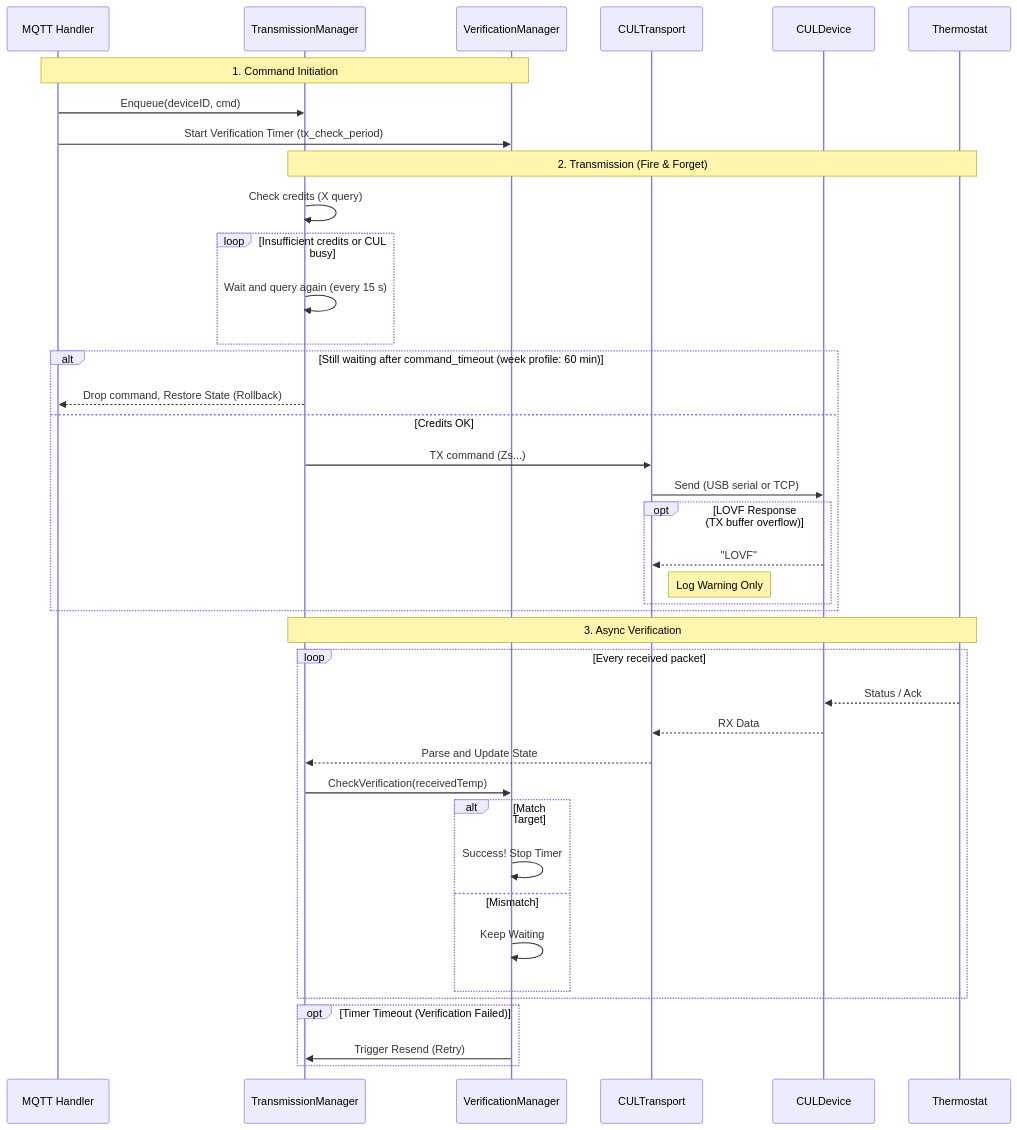
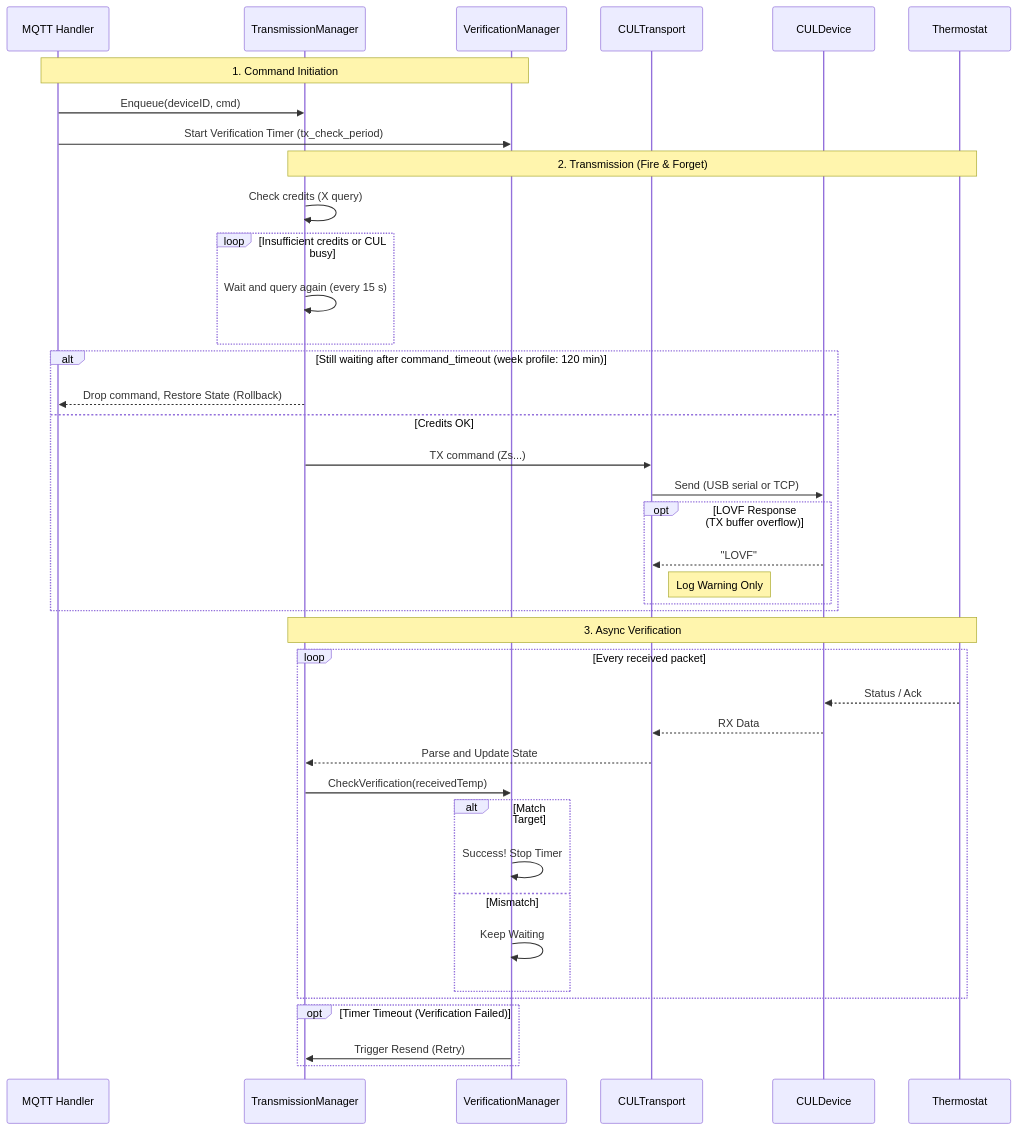
Before and after one commit to dktzde/max2mqtt: the diagram in max2mqtt/DOCS.md, drawn with Mermaid. The commit also changed other lines of this file and 3 other files, not shown here.

Commit message:
Let week profile messages wait up to 120 minutes for duty cycle credits

````diff
--- a/max2mqtt/DOCS.md
+++ b/max2mqtt/DOCS.md
@@ -63,49 +63,49 @@
 ```mermaid
 sequenceDiagram
     participant MQTT as MQTT Handler
     participant TM as TransmissionManager
     participant VM as VerificationManager
     participant Transport as CULTransport
     participant CUL as CULDevice
     participant Thermo as Thermostat
 
     Note over MQTT, VM: 1. Command Initiation
     MQTT->>TM: Enqueue(deviceID, cmd)
     MQTT->>VM: Start Verification Timer (tx_check_period)
 
     Note over TM, Thermo: 2. Transmission (Fire & Forget)
     TM->>TM: Check credits (X query)
     loop Insufficient credits or CUL busy
         TM->>TM: Wait and query again (every 15 s)
     end
-    alt Still waiting after command_timeout (week profile: 60 min)
+    alt Still waiting after command_timeout (week profile: 120 min)
         TM-->>MQTT: Drop command, Restore State (Rollback)
     else Credits OK
         TM->>Transport: TX command (Zs...)
         Transport->>CUL: Send (USB serial or TCP)
         
         opt LOVF Response (TX buffer overflow)
             CUL-->>Transport: "LOVF"
             Note right of Transport: Log Warning Only
         end
 
     end
 
     Note over TM, Thermo: 3. Async Verification
     loop Every received packet
         Thermo-->>CUL: Status / Ack
         CUL-->>Transport: RX Data
         Transport-->>TM: Parse and Update State
         TM->>VM: CheckVerification(receivedTemp)
         
         alt Match Target
             VM->>VM: Success! Stop Timer
         else Mismatch
             VM->>VM: Keep Waiting
         end
     end
 
     opt Timer Timeout (Verification Failed)
         VM->>TM: Trigger Resend (Retry)
     end
 ```
````
